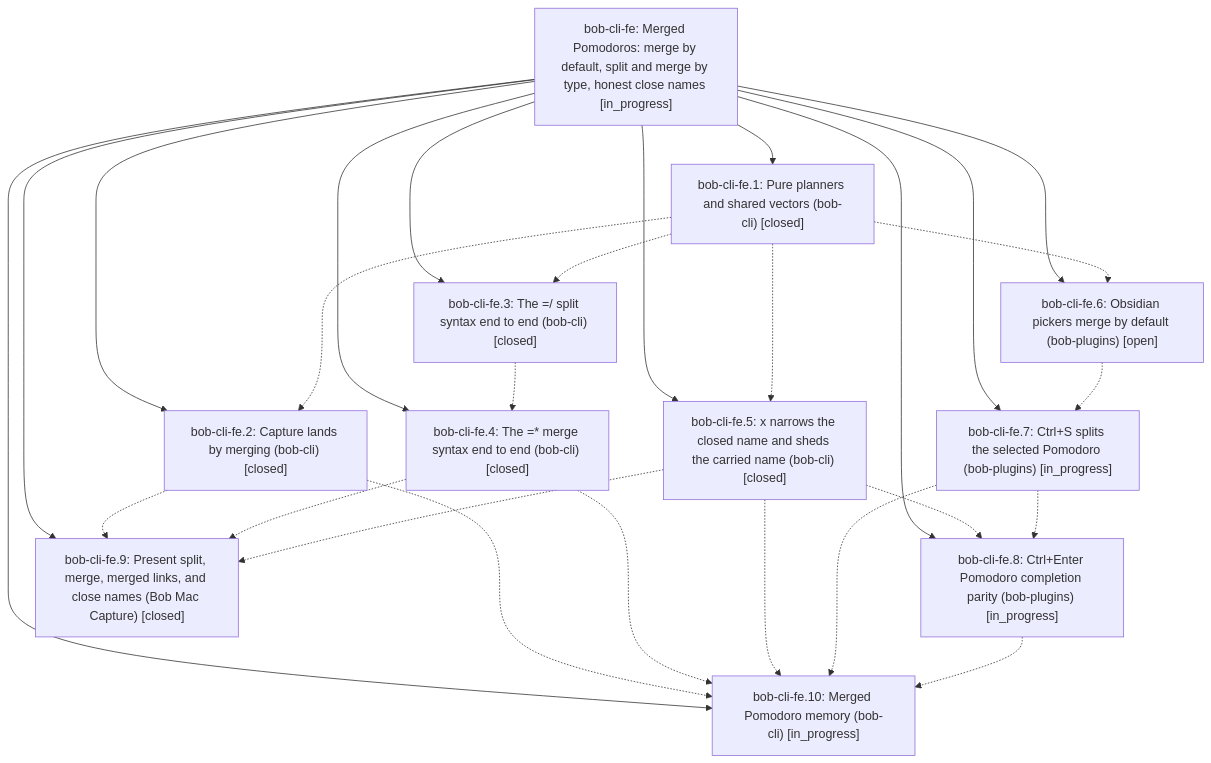
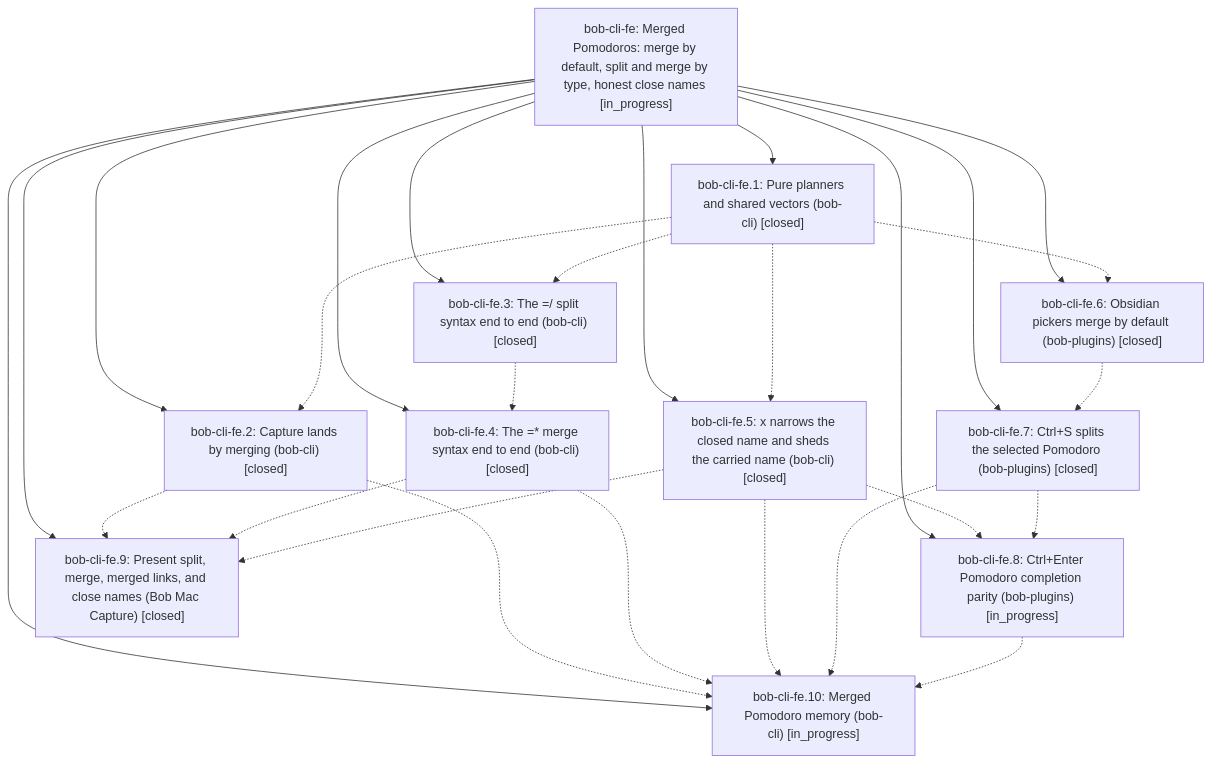
Before and after one commit to bobs-org/bob-cli--beads: the diagram in pages/bob-cli-fe/README.md, drawn with Mermaid. The commit also changed other lines of this file and 7 other files, not shown here.

First line of the commit message:
chore(beads): sync bead state and pages for bob-cli-fe

````diff
--- a/pages/bob-cli-fe/README.md
+++ b/pages/bob-cli-fe/README.md
@@ -53,40 +53,40 @@
 ```mermaid
 flowchart TD
     n0["bob-cli-fe: Merged Pomodoros: merge by default, split and merge by type, honest close names [in_progress]"]
     n1["bob-cli-fe.1: Pure planners and shared vectors (bob-cli) [closed]"]
     n2["bob-cli-fe.10: Merged Pomodoro memory (bob-cli) [in_progress]"]
     n3["bob-cli-fe.2: Capture lands by merging (bob-cli) [closed]"]
     n4["bob-cli-fe.3: The =/ split syntax end to end (bob-cli) [closed]"]
     n5["bob-cli-fe.4: The =* merge syntax end to end (bob-cli) [closed]"]
     n6["bob-cli-fe.5: x narrows the closed name and sheds the carried name (bob-cli) [closed]"]
-    n7["bob-cli-fe.6: Obsidian pickers merge by default (bob-plugins) [open]"]
-    n8["bob-cli-fe.7: Ctrl+S splits the selected Pomodoro (bob-plugins) [in_progress]"]
+    n7["bob-cli-fe.6: Obsidian pickers merge by default (bob-plugins) [closed]"]
+    n8["bob-cli-fe.7: Ctrl+S splits the selected Pomodoro (bob-plugins) [closed]"]
     n9["bob-cli-fe.8: Ctrl+Enter Pomodoro completion parity (bob-plugins) [in_progress]"]
     n10["bob-cli-fe.9: Present split, merge, merged links, and close names (Bob Mac Capture) [closed]"]
     n0 --> n1
     n0 --> n2
     n0 --> n3
     n0 --> n4
     n0 --> n5
     n0 --> n6
     n0 --> n7
     n0 --> n8
     n0 --> n9
     n0 --> n10
     n1 -.-> n3
     n1 -.-> n4
     n1 -.-> n6
     n1 -.-> n7
     n3 -.-> n2
     n3 -.-> n10
     n4 -.-> n5
     n5 -.-> n2
     n5 -.-> n10
     n6 -.-> n2
     n6 -.-> n9
     n6 -.-> n10
     n7 -.-> n8
     n8 -.-> n2
     n8 -.-> n9
     n9 -.-> n2
 ```
````
